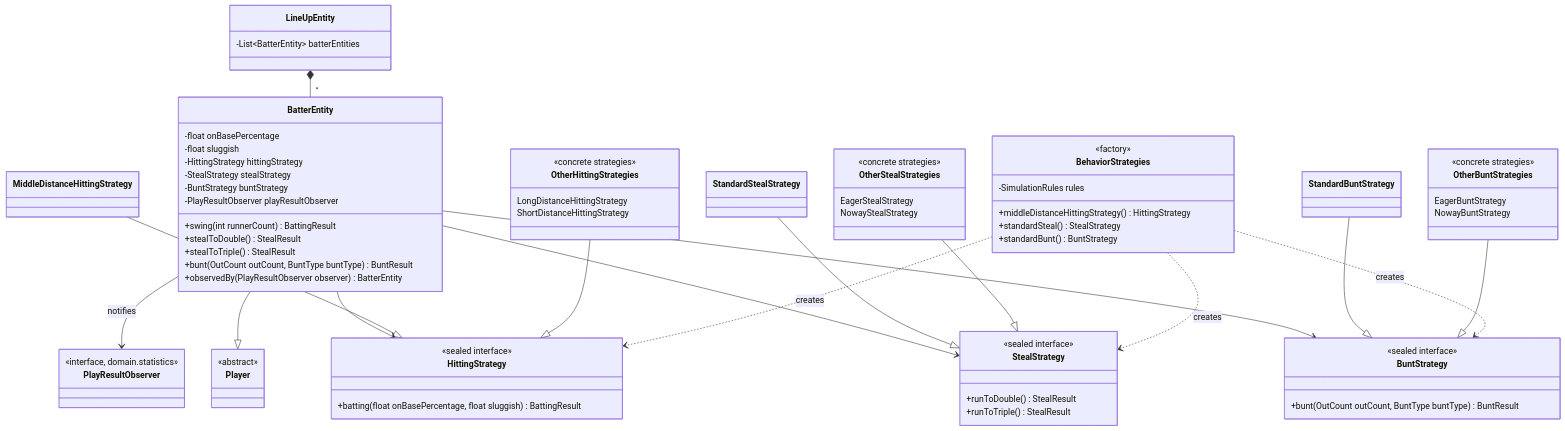
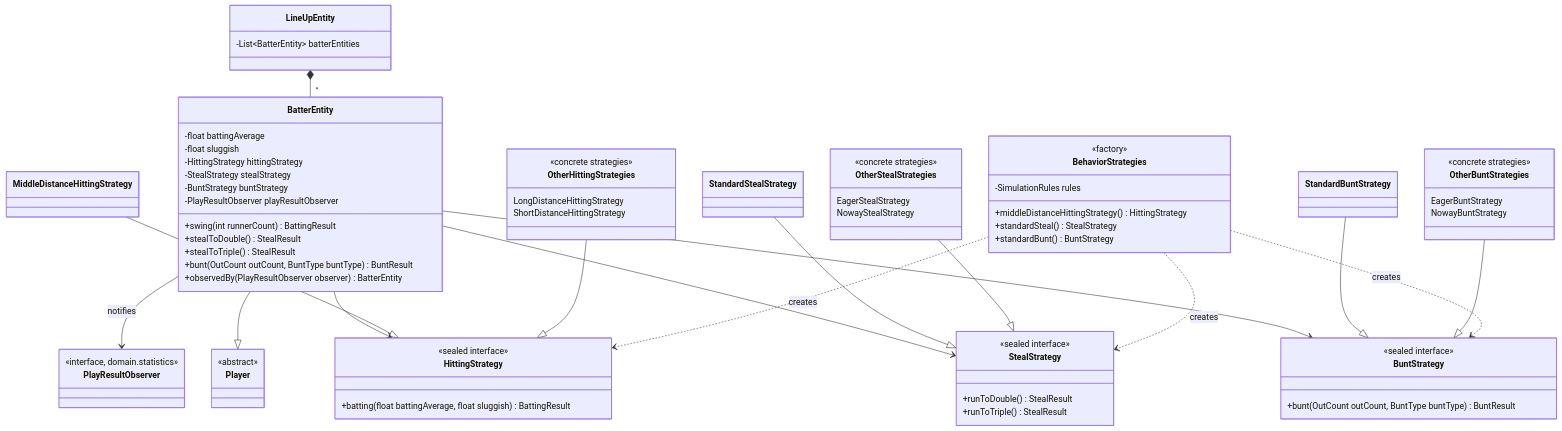
The second of 4 diagrams in apps/simulator/README.md (midetaro/baseball-orders), drawn with Mermaid before and after one commit. The commit also changed other lines of this file and 1 other file, not shown here.

Commit message:
docs: explain batting average in simulator guide

```diff
--- a/apps/simulator/README.md
+++ b/apps/simulator/README.md
@@ -210,7 +210,7 @@
         <<abstract>>
     }
     class BatterEntity {
-        -float onBasePercentage
+        -float battingAverage
         -float sluggish
         -HittingStrategy hittingStrategy
         -StealStrategy stealStrategy
@@ -228,7 +228,7 @@
 
     class HittingStrategy {
         <<sealed interface>>
-        +batting(float onBasePercentage, float sluggish) BattingResult
+        +batting(float battingAverage, float sluggish) BattingResult
     }
     class MiddleDistanceHittingStrategy
     class OtherHittingStrategies {
```
